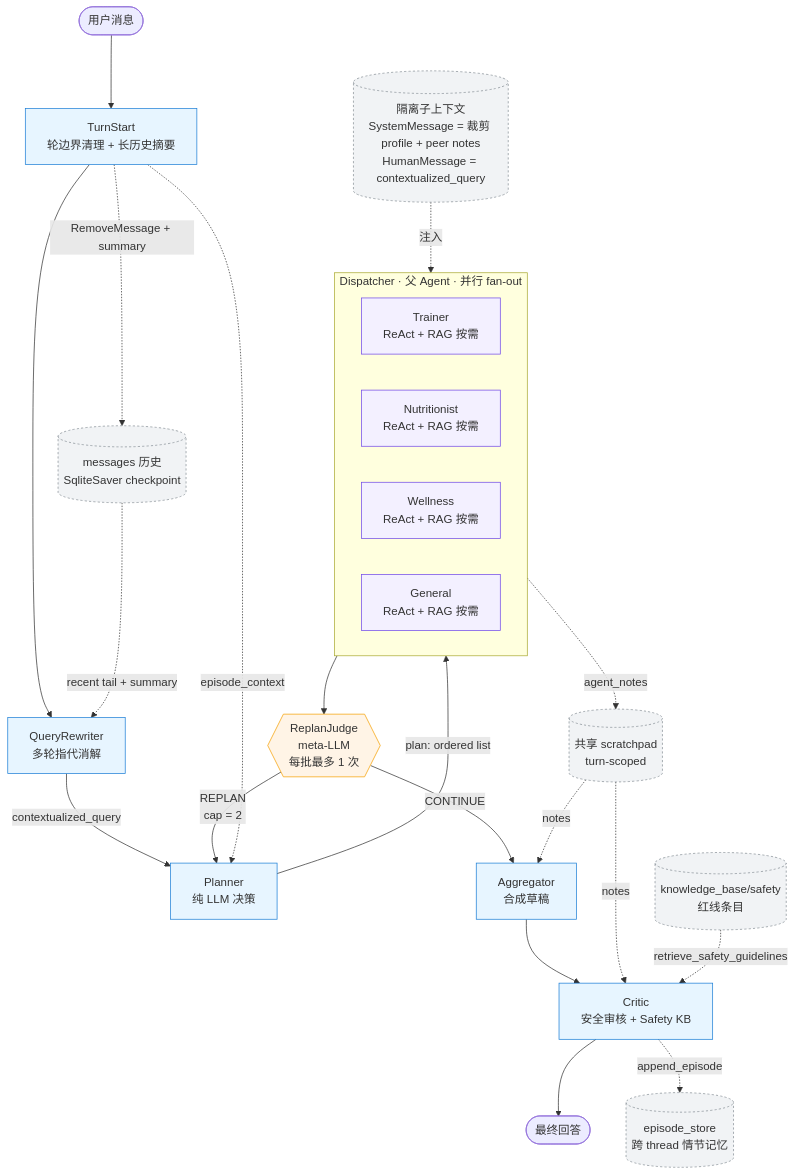
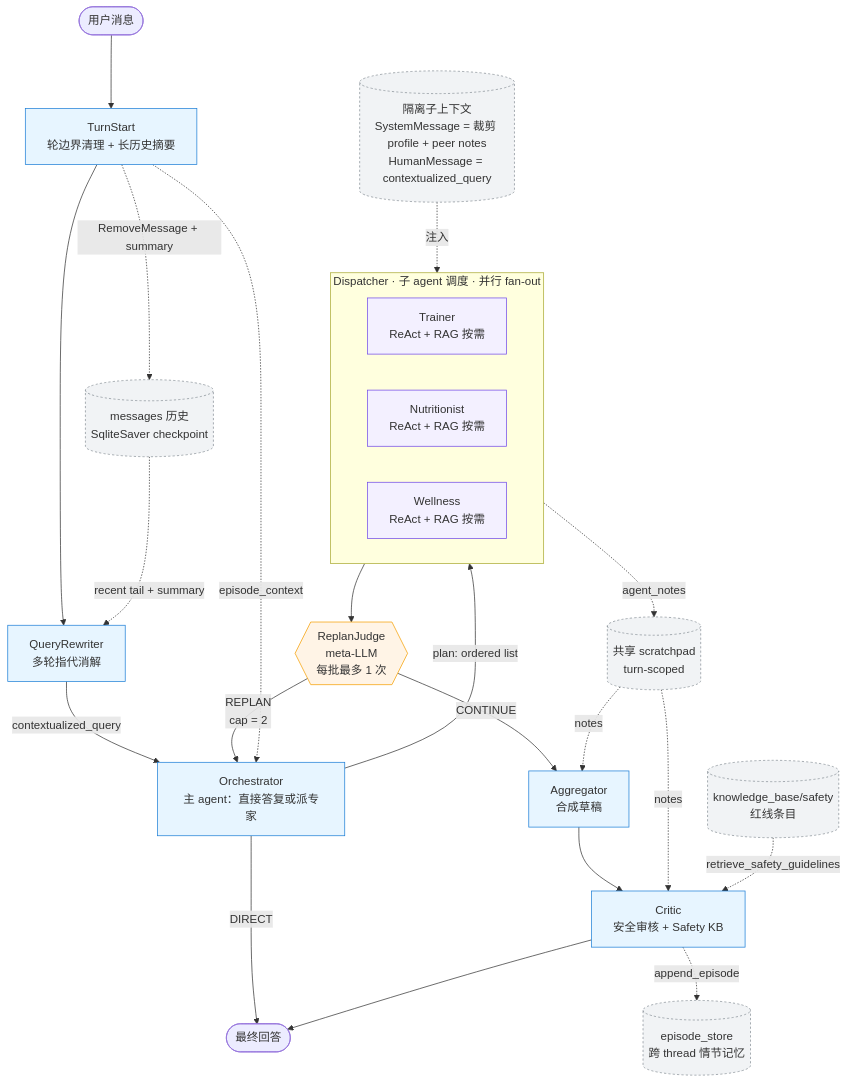
One commit to MichaelSou1/wellness-copilot changed the diagram in README.md. Above: the diagram before and after it, drawn with Mermaid. The commit also changed other lines of this file and 44 other files, not shown here.

Commit message:
refactor: promote orchestrator and remove general agent

````diff
--- a/README.md
+++ b/README.md
@@ -23,46 +23,46 @@
 ```mermaid
 flowchart TD
     User([用户消息]) --> TS[TurnStart<br/>轮边界清理 + 长历史摘要]
     TS --> QR[QueryRewriter<br/>多轮指代消解]
-    QR -->|contextualized_query| Planner[Planner<br/>纯 LLM 决策]
-    Planner -->|plan: ordered list| Dispatcher
+    QR -->|contextualized_query| Orchestrator[Orchestrator<br/>主 agent：直接答复或派专家]
+    Orchestrator -->|plan: ordered list| Dispatcher
 
-    subgraph Dispatcher [Dispatcher · 父 Agent · 并行 fan-out]
+    subgraph Dispatcher [Dispatcher · 子 agent 调度 · 并行 fan-out]
       direction LR
       Trainer[Trainer<br/>ReAct + RAG 按需]
       Nutritionist[Nutritionist<br/>ReAct + RAG 按需]
       Wellness[Wellness<br/>ReAct + RAG 按需]
-      General[General<br/>ReAct + RAG 按需]
     end
 
     Dispatcher --> Judge{{ReplanJudge<br/>meta-LLM<br/>每批最多 1 次}}
     Judge -->|CONTINUE| Aggregator[Aggregator<br/>合成草稿]
-    Judge -->|REPLAN<br/>cap = 2| Planner
+    Judge -->|REPLAN<br/>cap = 2| Orchestrator
+    Orchestrator -->|DIRECT| Out
     Aggregator --> Critic[Critic<br/>安全审核 + Safety KB]
     Critic --> Out([最终回答])
 
     %% 父 agent 注入的隔离上下文（用一个旁路节点说明，避免在子图内部画 4 条重叠的标签线）
     Ctx[(隔离子上下文<br/>SystemMessage = 裁剪 profile + peer notes<br/>HumanMessage = contextualized_query)]
     Ctx -. 注入 .-> Dispatcher
 
     %% scratchpad 汇聚 + Critic / Aggregator 消费
     Dispatcher -. agent_notes .-> Scratchpad[(共享 scratchpad<br/>turn-scoped)]
     Scratchpad -. notes .-> Aggregator
     Scratchpad -. notes .-> Critic
     SafetyKB[(knowledge_base/safety<br/>红线条目)] -. retrieve_safety_guidelines .-> Critic
 
     %% 长期持久化
     TS -. RemoveMessage + summary .-> History[(messages 历史<br/>SqliteSaver checkpoint)]
     History -. recent tail + summary .-> QR
     Critic -. append_episode .-> EpStore[(episode_store<br/>跨 thread 情节记忆)]
-    TS -. episode_context .-> Planner
+    TS -. episode_context .-> Orchestrator
 
     classDef meta fill:#fff4e6,stroke:#f59f00,stroke-width:1px;
     classDef ctrl fill:#e7f5ff,stroke:#1c7ed6,stroke-width:1px;
     classDef expert fill:#f3f0ff,stroke:#7048e8,stroke-width:1px;
     classDef store fill:#f1f3f5,stroke:#868e96,stroke-width:1px,stroke-dasharray:3 3;
-    class TS,QR,Planner,Aggregator,Critic ctrl;
+    class TS,QR,Orchestrator,Aggregator,Critic ctrl;
     class Judge meta;
-    class Trainer,Nutritionist,Wellness,General expert;
+    class Trainer,Nutritionist,Wellness expert;
     class Scratchpad,History,EpStore,SafetyKB,Ctx store;
 ```
````
